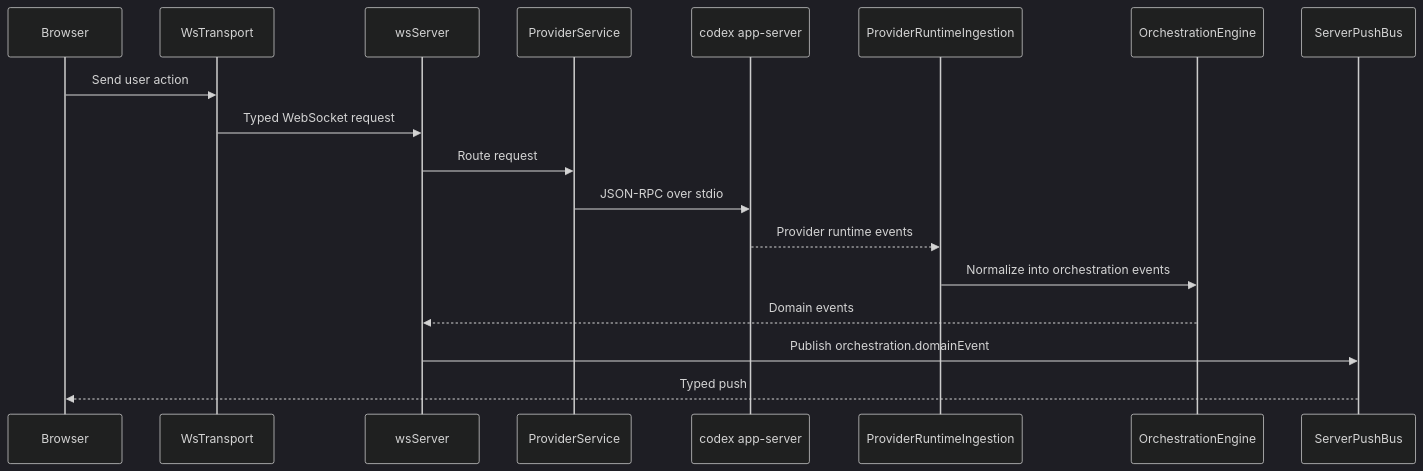
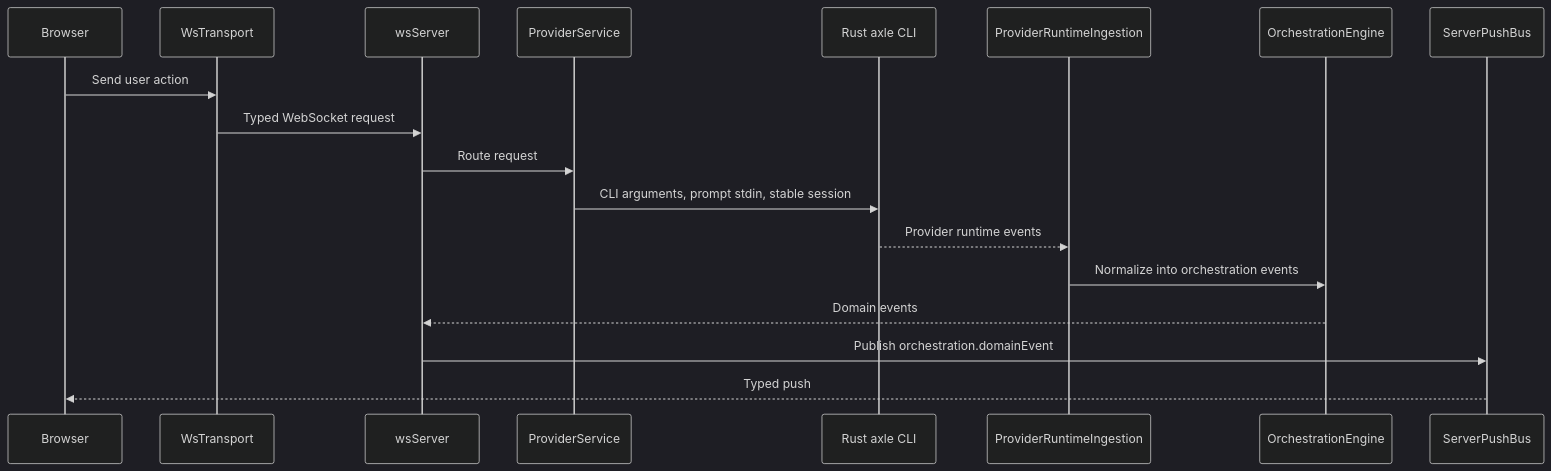
Before and after one commit to sakabuilds/AxleCode: the second of 3 diagrams in axle-desktop/source/docs/architecture/overview.md, drawn with Mermaid (dark theme). The commit also changed other lines of this file, not shown here.

Commit message:
docs(architecture): refresh the overview

````diff
--- a/axle-desktop/source/docs/architecture/overview.md
+++ b/axle-desktop/source/docs/architecture/overview.md
@@ -71,21 +71,21 @@
 ```mermaid
 sequenceDiagram
     participant Browser
     participant Transport as WsTransport
     participant Server as wsServer
     participant Provider as ProviderService
-    participant Codex as codex app-server
+    participant Codex as Rust axle CLI
     participant Ingest as ProviderRuntimeIngestion
     participant Engine as OrchestrationEngine
     participant Push as ServerPushBus
 
     Browser->>Transport: Send user action
     Transport->>Server: Typed WebSocket request
     Server->>Provider: Route request
-    Provider->>Codex: JSON-RPC over stdio
+    Provider->>Codex: CLI arguments, prompt stdin, stable session
     Codex-->>Ingest: Provider runtime events
     Ingest->>Engine: Normalize into orchestration events
     Engine-->>Server: Domain events
     Server->>Push: Publish orchestration.domainEvent
     Push-->>Browser: Typed push
 ```
````
